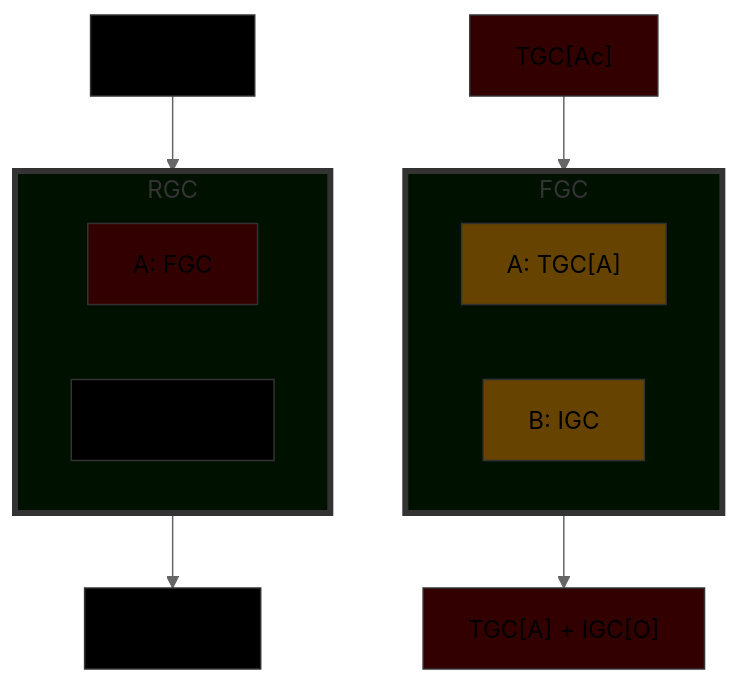
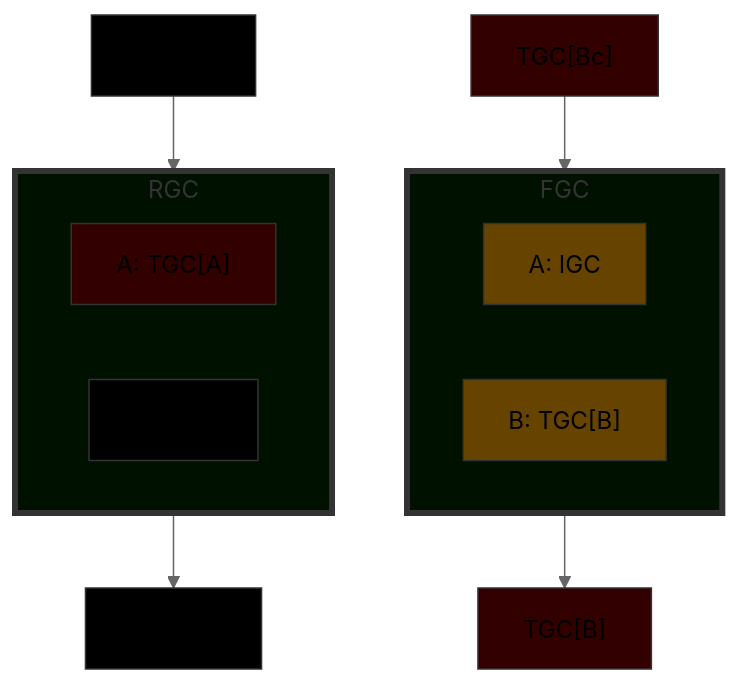
Before and after one commit to Shapedsundew9/erasmus-gp: the fifth of 6 diagrams in egppy/egppy/physics/docs/insertion.md, drawn with Mermaid (neutral theme). The commit also changed other lines of this file and 6 other files, not shown here.

````diff
--- a/egppy/egppy/physics/docs/insertion.md
+++ b/egppy/egppy/physics/docs/insertion.md
@@ -181,37 +179,37 @@
 ```mermaid
 %% Insertion Case 4
 flowchart TB
     I1["TGC[I]"]
     subgraph RGC
         direction RL
-        GCA1["A: FGC"]
-        GCB1["B: TGC[B]"]
+        GCA1["A: TGC[A]"]
+        GCB1["B: FGC"]
     end
     O1["TGC[O]"]
     I1 --> RGC --> O1
 
-    I2["TGC[Ac]"]
+    I2["TGC[Bc]"]
     subgraph FGC
         direction RL
-        GCA2["A: TGC[A]"]
-        GCB2["B: IGC"]
+        GCA2["A: IGC"]
+        GCB2["B: TGC[B]"]
     end
-    O2["TGC[A] + IGC[O]"]
+    O2["TGC[B]"]
     I2 --> FGC --> O2
 
 classDef newGC fill:#010,stroke:#333,stroke-width:4px
 classDef newRow fill:#300,stroke:#333,stroke-width:1px
 classDef modified fill:#640,stroke:#333,stroke-width:1px
 classDef unchanged fill:#000,stroke:#333,stroke-width:1px
 
 class RGC newGC
 class GCB1 unchanged
 class GCA1 newRow
 class FGC newGC
 class GCA2 modified
 class GCB2 modified
 class I1 unchanged
 class I2 newRow
 class O1 unchanged
 class O2 newRow
 ```
````
